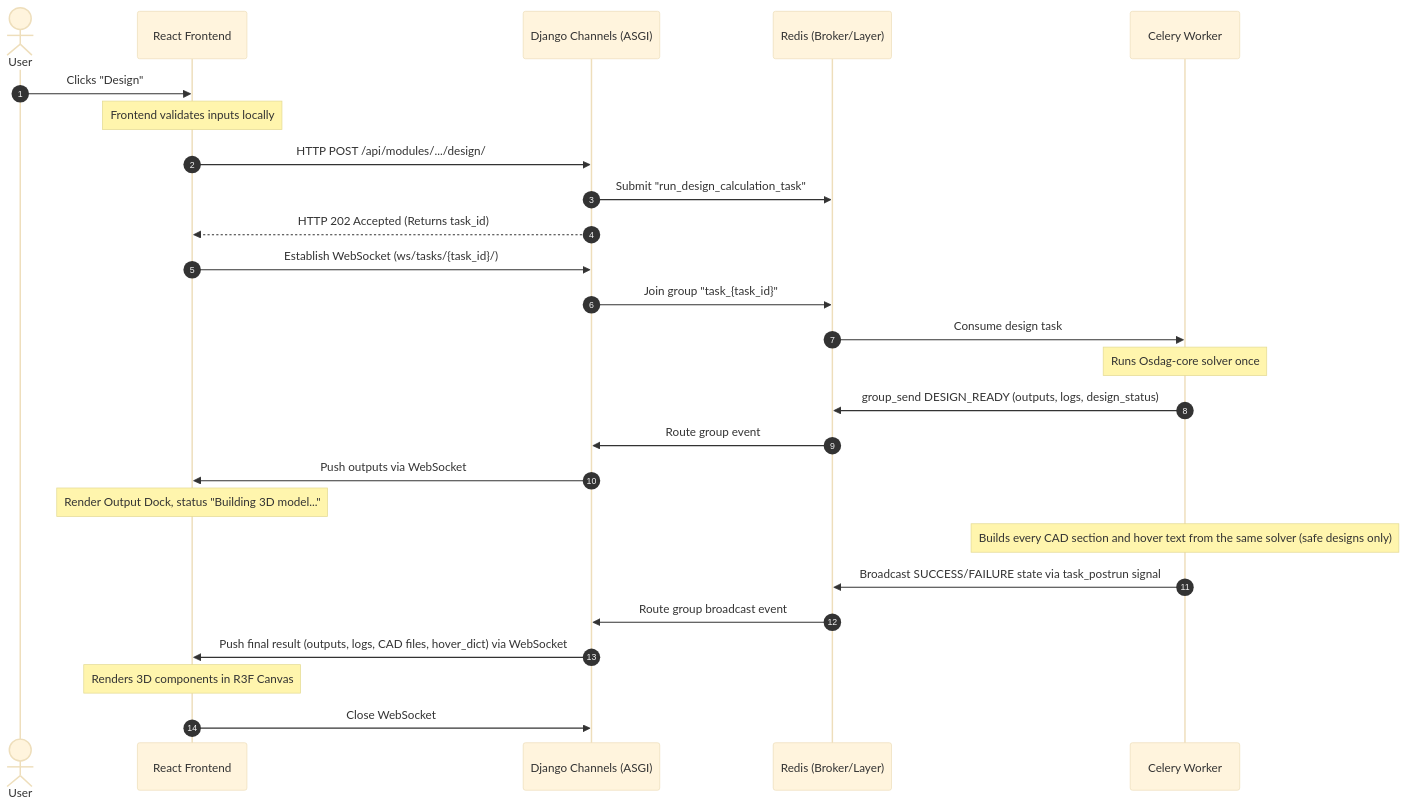
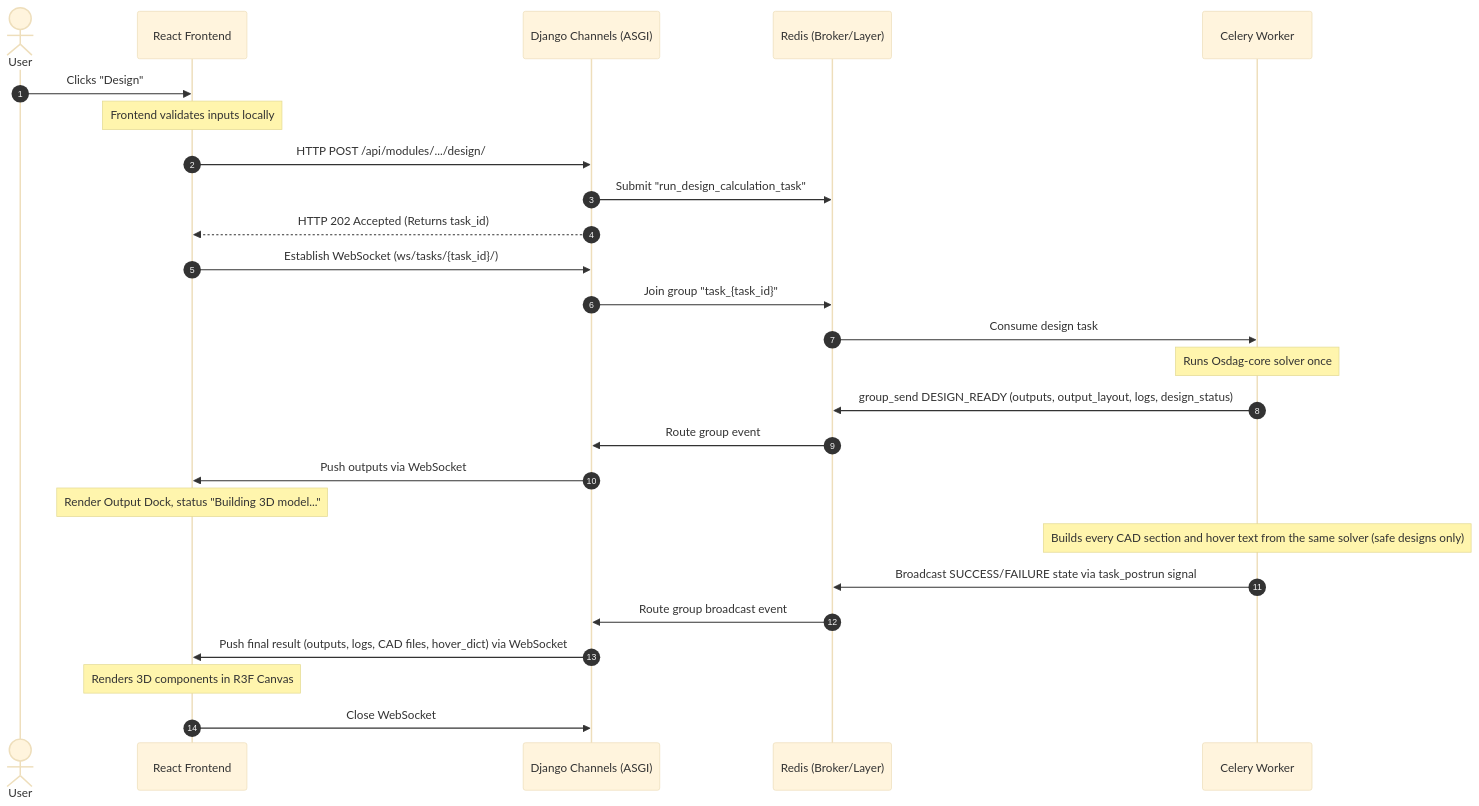
Before and after one commit to sogalabhi/Osdag-web: the second of 2 diagrams in documentation/chapter_1_architecture_overview.md, drawn with Mermaid (base theme). The commit also changed other lines of this file and 106 other files, not shown here.

````diff
--- a/documentation/chapter_1_architecture_overview.md
+++ b/documentation/chapter_1_architecture_overview.md
@@ -88,30 +88,30 @@
 ```mermaid
 sequenceDiagram
     autonumber
     actor User
     participant FE as React Frontend
     participant BE as Django Channels (ASGI)
     participant Redis as Redis (Broker/Layer)
     participant Worker as Celery Worker
 
     User->>FE: Clicks "Design"
     Note over FE: Frontend validates inputs locally
     FE->>BE: HTTP POST /api/modules/.../design/
     BE->>Redis: Submit "run_design_calculation_task"
     BE-->>FE: HTTP 202 Accepted (Returns task_id)
     FE->>BE: Establish WebSocket (ws/tasks/{task_id}/)
     BE->>Redis: Join group "task_{task_id}"
     
     Redis->>Worker: Consume design task
     Note over Worker: Runs Osdag-core solver once
-    Worker->>Redis: group_send DESIGN_READY (outputs, logs, design_status)
+    Worker->>Redis: group_send DESIGN_READY (outputs, output_layout, logs, design_status)
     Redis->>BE: Route group event
     BE->>FE: Push outputs via WebSocket
     Note over FE: Render Output Dock, status "Building 3D model..."
     Note over Worker: Builds every CAD section and hover text from the same solver (safe designs only)
     Worker->>Redis: Broadcast SUCCESS/FAILURE state via task_postrun signal
     Redis->>BE: Route group broadcast event
     BE->>FE: Push final result (outputs, logs, CAD files, hover_dict) via WebSocket
     Note over FE: Renders 3D components in R3F Canvas
     FE->>BE: Close WebSocket
 ```
````
